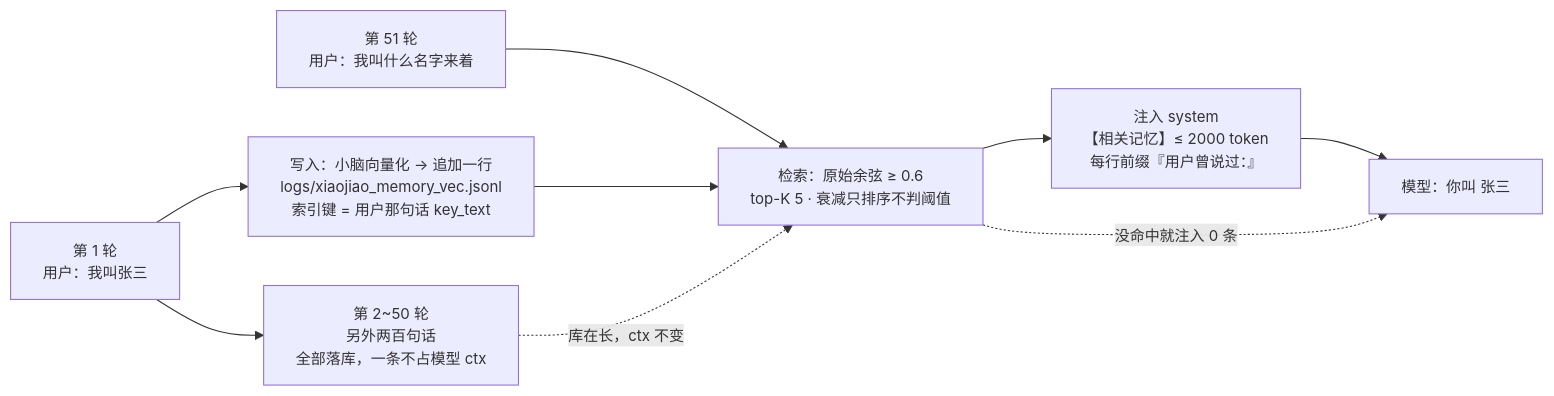
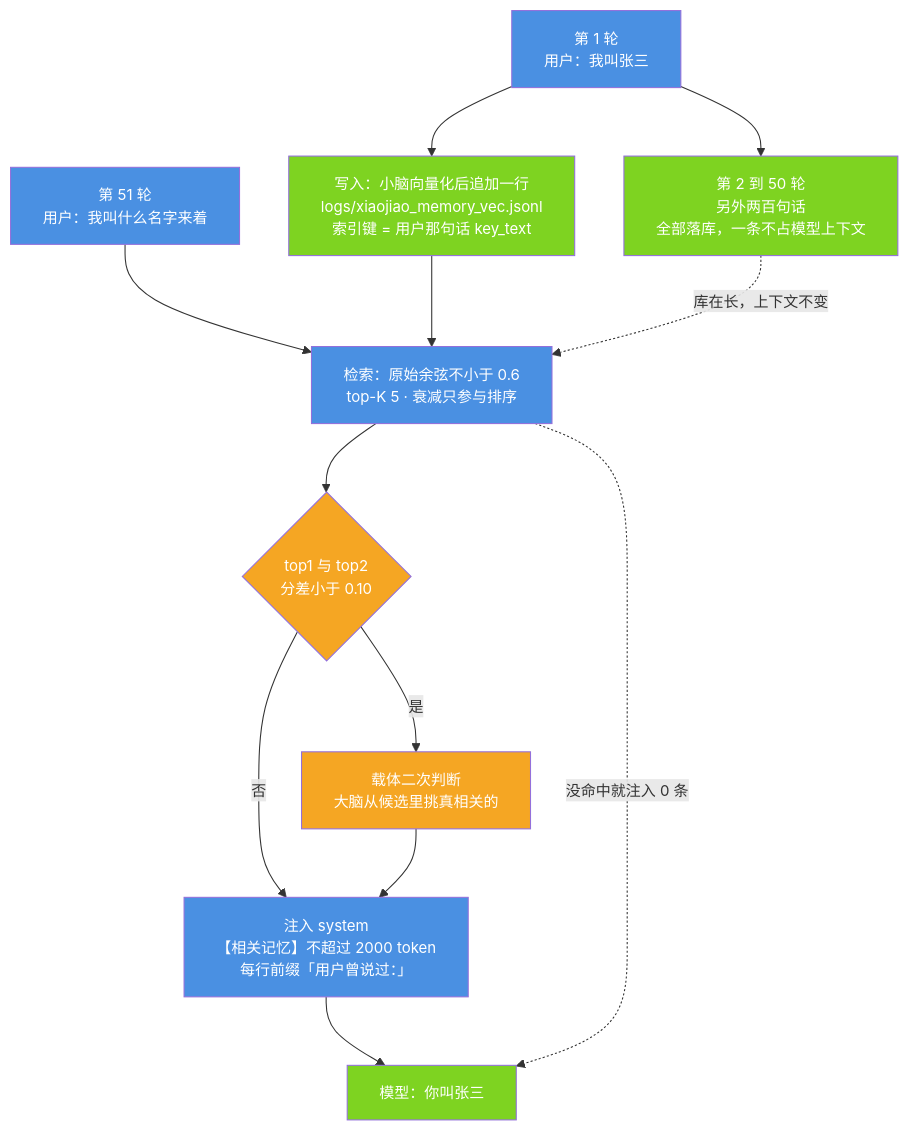
Before and after one commit to jiangchuangege/xiaojiao-harnees: the first of 7 diagrams in docs/six-infinity.md, drawn with Mermaid. The commit also changed other lines of this file, not shown here.

Commit message:
docs: six-infinity 重写收尾（补 rerank 二次判断层与拆分开的延迟判据，12 张图重画）

````diff
--- a/docs/six-infinity.md
+++ b/docs/six-infinity.md
@@ -311,12 +384,24 @@
 ```mermaid
 %%{init: {"themeVariables": {"fontSize": "14px"}, "flowchart": {"htmlLabels": true, "wrappingWidth": 320, "nodeSpacing": 46, "rankSpacing": 64, "useMaxWidth": true}}}%%
-flowchart LR
-    N1["第 1 轮<br/>用户：我叫张三"] --> W["写入：小脑向量化 → 追加一行<br/>logs/xiaojiao_memory_vec.jsonl<br/>索引键 = 用户那句话 key_text"]
-    N1 --> N50["第 2~50 轮<br/>另外两百句话<br/>全部落库，一条不占模型 ctx"]
-    Q["第 51 轮<br/>用户：我叫什么名字来着"] --> R["检索：原始余弦 ≥ 0.6<br/>top-K 5 · 衰减只排序不判阈值"]
+flowchart TB
+    N1["第 1 轮<br/>用户：我叫张三"] --> W["写入：小脑向量化后追加一行<br/>logs/xiaojiao_memory_vec.jsonl<br/>索引键 = 用户那句话 key_text"]
+    N1 --> N50["第 2 到 50 轮<br/>另外两百句话<br/>全部落库，一条不占模型上下文"]
+    Q["第 51 轮<br/>用户：我叫什么名字来着"] --> R["检索：原始余弦不小于 0.6<br/>top-K 5 · 衰减只参与排序"]
     W --> R
-    N50 -.->|"库在长，ctx 不变"| R
-    R --> INJ["注入 system<br/>【相关记忆】≤ 2000 token<br/>每行前缀『用户曾说过：』"]
-    INJ --> M["模型：你叫 张三"]
+    N50 -.->|"库在长，上下文不变"| R
+    R --> RR{"top1 与 top2<br/>分差小于 0.10"}
+    RR -->|"是"| RJ["载体二次判断<br/>大脑从候选里挑真相关的"]
+    RR -->|"否"| INJ
+    RJ --> INJ["注入 system<br/>【相关记忆】不超过 2000 token<br/>每行前缀「用户曾说过：」"]
+    INJ --> M["模型：你叫张三"]
     R -.->|"没命中就注入 0 条"| M
+    style N1 fill:#4A90E2,color:#fff
+    style W fill:#7ED321,color:#fff
+    style N50 fill:#7ED321,color:#fff
+    style Q fill:#4A90E2,color:#fff
+    style R fill:#4A90E2,color:#fff
+    style RR fill:#F5A623,color:#fff
+    style RJ fill:#F5A623,color:#fff
+    style INJ fill:#4A90E2,color:#fff
+    style M fill:#7ED321,color:#fff
 ```
````
